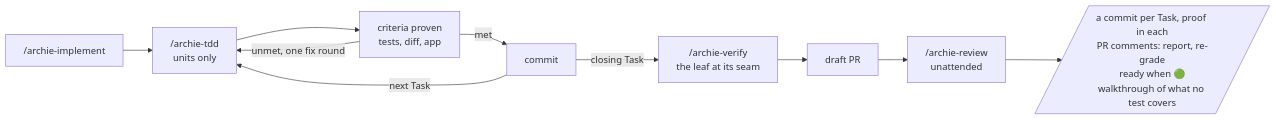
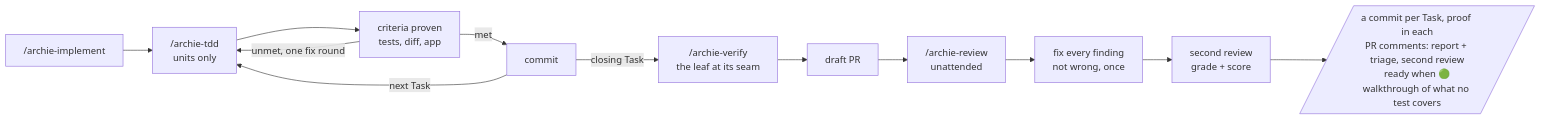
The fifth of 6 diagrams in README.md (OvidiuGuta/archie-skills), drawn with Mermaid before and after one commit. The commit also changed other lines of this file and 6 other files, not shown here.

Commit message:
trustworthy-review#5: An Epic run ends on a second review

````diff
--- a/README.md
+++ b/README.md
@@ -67,11 +67,12 @@
 ```mermaid
 flowchart LR
   IM["/archie-implement"] --> TD["/archie-tdd<br/>units only"]
   TD --> CR["criteria proven<br/>tests, diff, app"]
   CR -- "unmet, one fix round" --> TD
   CR -- "met" --> CM["commit"]
   CM -- "next Task" --> TD
   CM -- "closing Task" --> VF["/archie-verify<br/>the leaf at its seam"]
   VF --> PR["draft PR"] --> RU["/archie-review<br/>unattended"]
-  RU --> T3[/"a commit per Task, proof in each<br/>PR comments: report, re-grade<br/>ready when 🟢<br/>walkthrough of what no test covers"/]
+  RU --> FX["fix every finding<br/>not wrong, once"] --> RR["second review<br/>grade + score"]
+  RR --> T3[/"a commit per Task, proof in each<br/>PR comments: report + triage, second review<br/>ready when 🟢<br/>walkthrough of what no test covers"/]
 ```
````
